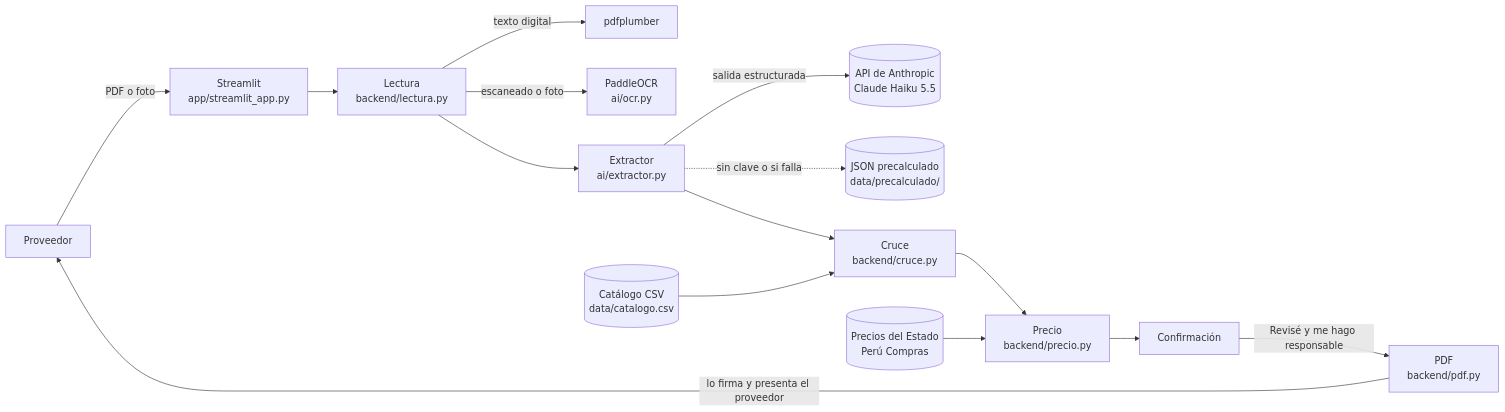
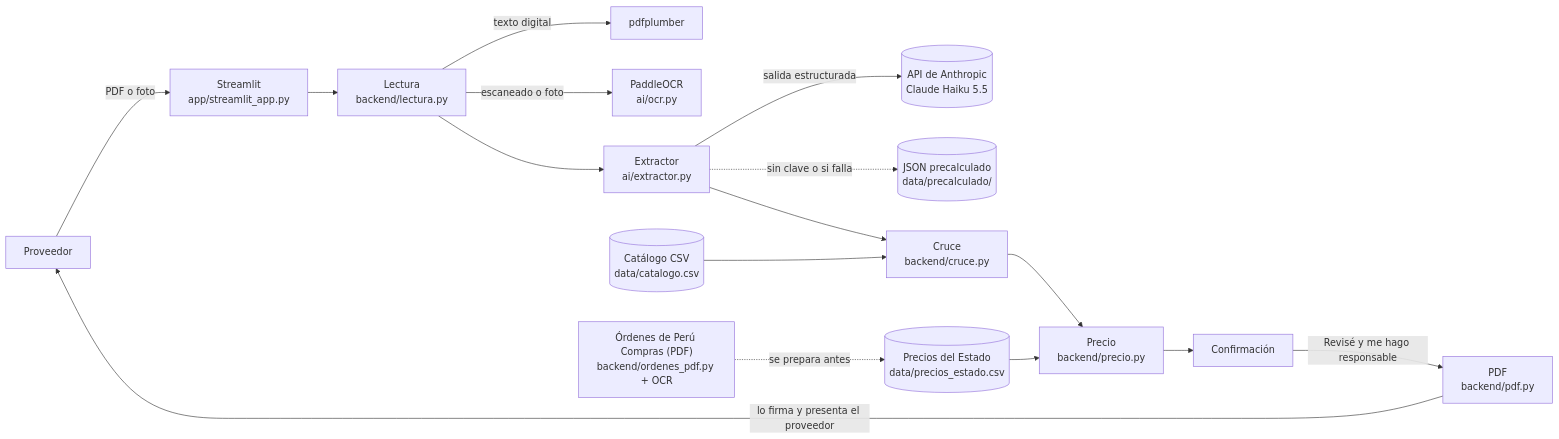
Before and after one commit to IvettexMamani/Cotizador_digital: the diagram in README.md, drawn with Mermaid. The commit also changed other lines of this file and 11 other files, not shown here.

First line of the commit message:
Precios reales del Estado desde las ordenes de Peru Compras

````diff
--- a/README.md
+++ b/README.md
@@ -74,17 +78,18 @@
 ```mermaid
 flowchart LR
     U["Proveedor"] -->|"PDF o foto"| APP["Streamlit<br/>app/streamlit_app.py"]
     APP --> LEC["Lectura<br/>backend/lectura.py"]
     LEC -->|"texto digital"| PDFP["pdfplumber"]
     LEC -->|"escaneado o foto"| OCR["PaddleOCR<br/>ai/ocr.py"]
     LEC --> EXT["Extractor<br/>ai/extractor.py"]
     EXT -->|"salida estructurada"| LLM[("API de Anthropic<br/>Claude Haiku 5.5")]
     EXT -.->|"sin clave o si falla"| JSON[("JSON precalculado<br/>data/precalculado/")]
     EXT --> CRU["Cruce<br/>backend/cruce.py"]
     CAT[("Catálogo CSV<br/>data/catalogo.csv")] --> CRU
     CRU --> PRE["Precio<br/>backend/precio.py"]
-    EST[("Precios del Estado<br/>Perú Compras")] --> PRE
+    EST[("Precios del Estado<br/>data/precios_estado.csv")] --> PRE
+    OC["Órdenes de Perú Compras (PDF)<br/>backend/ordenes_pdf.py + OCR"] -.->|"se prepara antes"| EST
     PRE --> CON["Confirmación"]
     CON -->|"Revisé y me hago responsable"| PDF["PDF<br/>backend/pdf.py"]
     PDF -->|"lo firma y presenta el proveedor"| U
 ```
````
